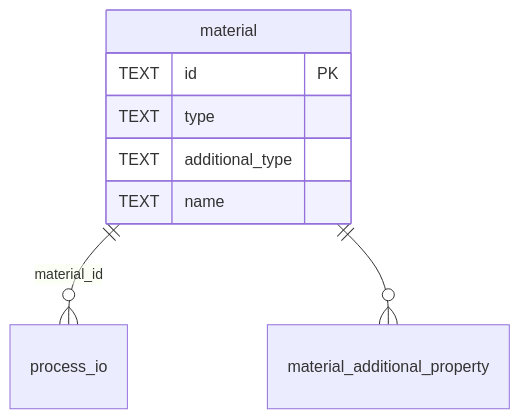
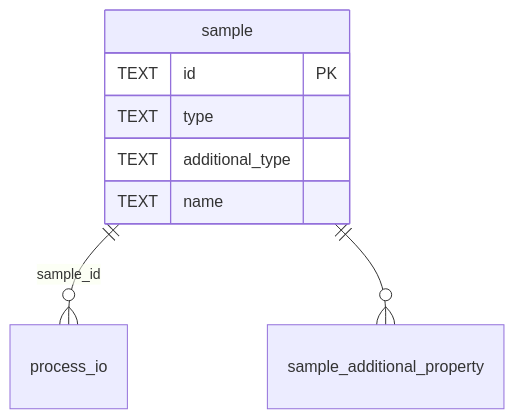
The seventh of 18 diagrams in schemas/sql/design.md (HLWeil/ProcessCore), drawn with Mermaid before and after one commit. The commit also changed other lines of this file and 134 other files, not shown here.

````diff
--- a/schemas/sql/design.md
+++ b/schemas/sql/design.md
@@ -233,11 +233,11 @@
 ```mermaid
 erDiagram
-    material {
+    sample {
         TEXT id PK
         TEXT type
         TEXT additional_type
         TEXT name
     }
-    material ||--o{ process_io : "material_id"
-    material ||--o{ material_additional_property : ""
+    sample ||--o{ process_io : "sample_id"
+    sample ||--o{ sample_additional_property : ""
 ```
````
